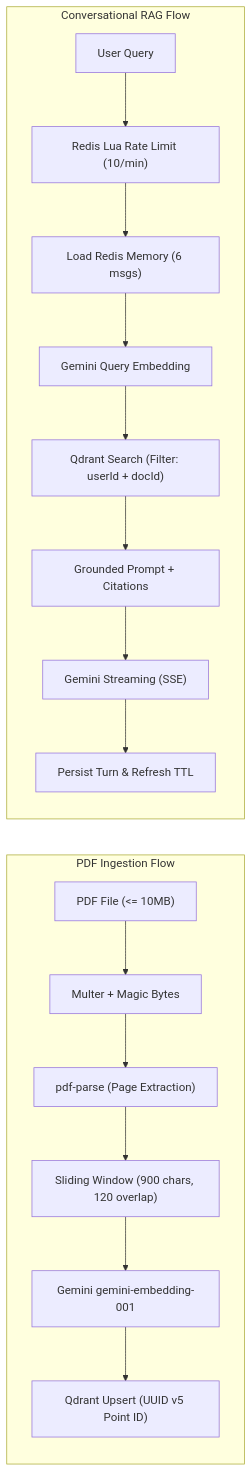
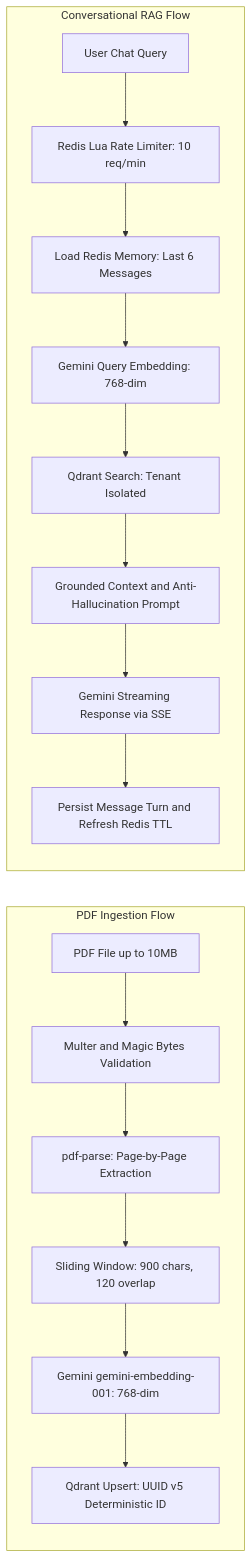
One commit to Mayank9370/AI-Document-workshop changed the second of 2 diagrams in README.md. Above: the diagram before and after it, drawn with Mermaid. The commit also changed other lines of this file, not shown here.

Commit message:
fix(docs): quote mermaid edge labels and sanitize node labels for github markdown rendering

````diff
--- a/README.md
+++ b/README.md
@@ -72,20 +72,20 @@
 ```mermaid
 flowchart LR
     subgraph Ingestion ["PDF Ingestion Flow"]
-        PDF["PDF File (<= 10MB)"] --> Multer["Multer + Magic Bytes"]
-        Multer --> PDFParse["pdf-parse (Page Extraction)"]
-        PDFParse --> Chunker["Sliding Window (900 chars, 120 overlap)"]
-        Chunker --> Embed["Gemini gemini-embedding-001"]
-        Embed --> Qdrant["Qdrant Upsert (UUID v5 Point ID)"]
+        PDF["PDF File up to 10MB"] --> Multer["Multer and Magic Bytes Validation"]
+        Multer --> PDFParse["pdf-parse: Page-by-Page Extraction"]
+        PDFParse --> Chunker["Sliding Window: 900 chars, 120 overlap"]
+        Chunker --> Embed["Gemini gemini-embedding-001: 768-dim"]
+        Embed --> Qdrant["Qdrant Upsert: UUID v5 Deterministic ID"]
     end
 
     subgraph RAGFlow ["Conversational RAG Flow"]
-        Query["User Query"] --> RateLimit["Redis Lua Rate Limit (10/min)"]
-        RateLimit --> MemLoad["Load Redis Memory (6 msgs)"]
-        MemLoad --> QueryEmbed["Gemini Query Embedding"]
-        QueryEmbed --> VectorSearch["Qdrant Search (Filter: userId + docId)"]
-        VectorSearch --> GroundedPrompt["Grounded Prompt + Citations"]
-        GroundedPrompt --> StreamSSE["Gemini Streaming (SSE)"]
-        StreamSSE --> PersistMongo["Persist Turn & Refresh TTL"]
+        Query["User Chat Query"] --> RateLimit["Redis Lua Rate Limiter: 10 req/min"]
+        RateLimit --> MemLoad["Load Redis Memory: Last 6 Messages"]
+        MemLoad --> QueryEmbed["Gemini Query Embedding: 768-dim"]
+        QueryEmbed --> VectorSearch["Qdrant Search: Tenant Isolated"]
+        VectorSearch --> GroundedPrompt["Grounded Context and Anti-Hallucination Prompt"]
+        GroundedPrompt --> StreamSSE["Gemini Streaming Response via SSE"]
+        StreamSSE --> PersistMongo["Persist Message Turn and Refresh Redis TTL"]
     end
 ```
````
